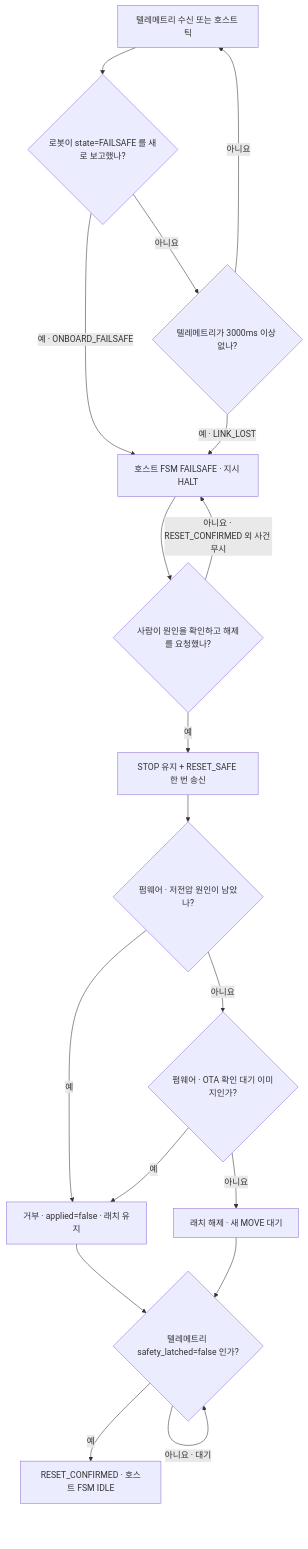
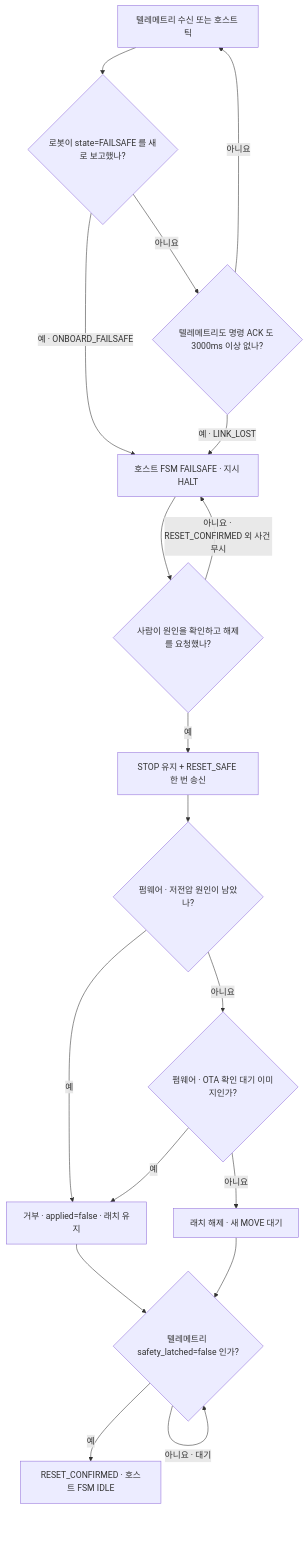
The second of 3 diagrams in docs/features/failsafe.md (PJW-1/mechadog), drawn with Mermaid before and after one commit. The commit also changed other lines of this file and 12 other files, not shown here.

````diff
--- a/docs/features/failsafe.md
+++ b/docs/features/failsafe.md
@@ -31,20 +31,20 @@
 ```mermaid
 flowchart TD
   H0["텔레메트리 수신 또는 호스트 틱"] --> Q1{"로봇이 state=FAILSAFE 를 새로 보고했나?"}
   Q1 -->|예 · ONBOARD_FAILSAFE| HF["호스트 FSM FAILSAFE · 지시 HALT"]
-  Q1 -->|아니요| Q2{"텔레메트리가 3000ms 이상 없나?"}
+  Q1 -->|아니요| Q2{"텔레메트리도 명령 ACK 도 3000ms 이상 없나?"}
   Q2 -->|예 · LINK_LOST| HF
   Q2 -->|아니요| H0
   HF --> OP{"사람이 원인을 확인하고 해제를 요청했나?"}
   OP -->|아니요 · RESET_CONFIRMED 외 사건 무시| HF
   OP -->|예| SEND["STOP 유지 + RESET_SAFE 한 번 송신"]
   SEND --> FW1{"펌웨어 · 저전압 원인이 남았나?"}
   FW1 -->|예| REF["거부 · applied=false · 래치 유지"]
   FW1 -->|아니요| FW2{"펌웨어 · OTA 확인 대기 이미지인가?"}
   FW2 -->|예| REF
   FW2 -->|아니요| CLR["래치 해제 · 새 MOVE 대기"]
   REF --> LQ{"텔레메트리 safety_latched=false 인가?"}
   CLR --> LQ
   LQ -->|아니요 · 대기| LQ
   LQ -->|예| RC["RESET_CONFIRMED · 호스트 FSM IDLE"]
 ```
````
